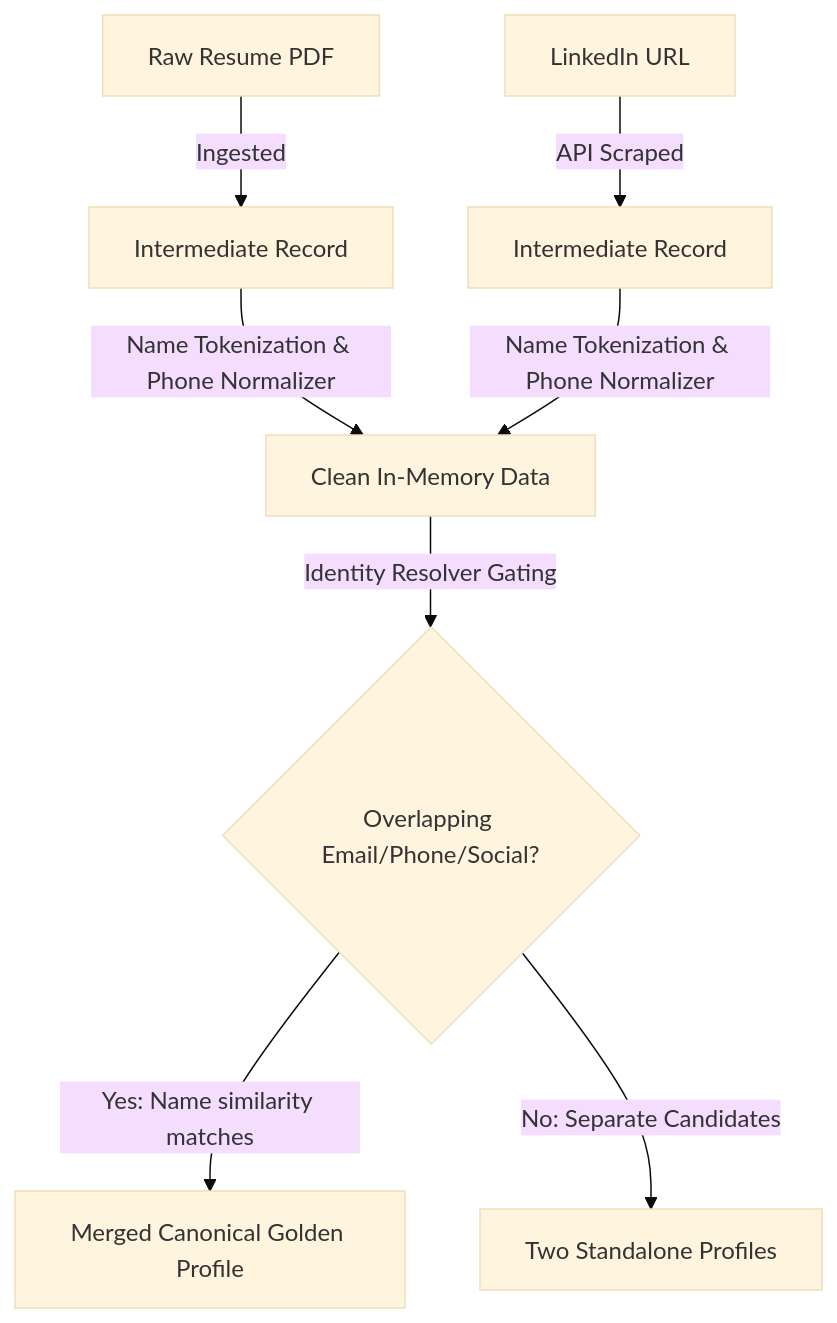
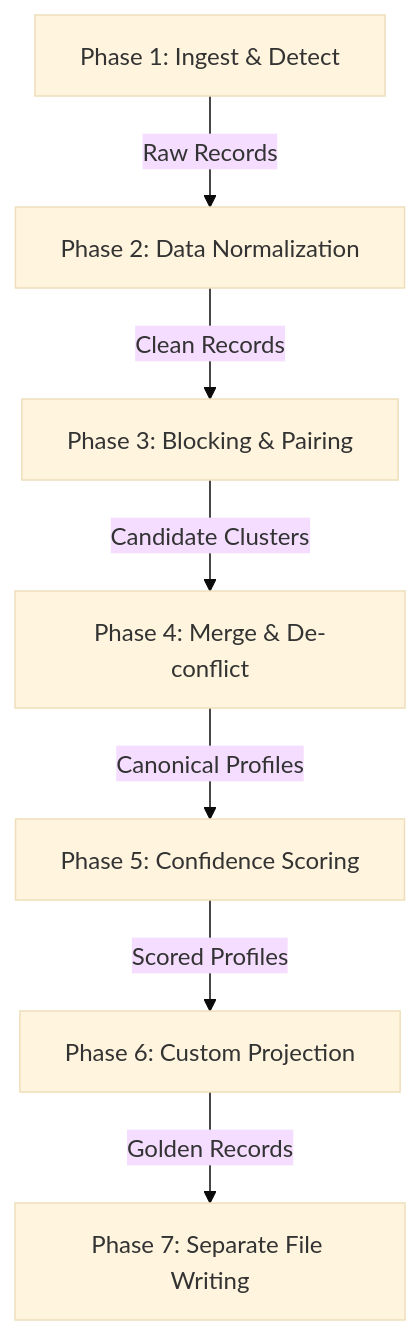
One commit to srivallabha06/multi-source-candidate-profiler changed the diagram in README.md. Above: the diagram before and after it, drawn with Mermaid (base theme). The commit also changed other lines of this file, not shown here.

Commit message:
Docs: Major overhaul of README to include modules, normalization rules, resolution policies, and edge cases

````diff
--- a/README.md
+++ b/README.md
@@ -75,10 +44,9 @@
 ```mermaid
 graph TD
-    A[Raw Resume PDF] -->|Ingested| B[Intermediate Record]
-    C[LinkedIn URL] -->|API Scraped| D[Intermediate Record]
-    B -->|Name Tokenization & Phone Normalizer| E[Clean In-Memory Data]
-    D -->|Name Tokenization & Phone Normalizer| E
-    E -->|Identity Resolver Gating| F{Overlapping Email/Phone/Social?}
-    F -->|Yes: Name similarity matches| G[Merged Canonical Golden Profile]
-    F -->|No: Separate Candidates| H[Two Standalone Profiles]
+    A[Phase 1: Ingest & Detect] -->|Raw Records| B[Phase 2: Data Normalization]
+    B -->|Clean Records| C[Phase 3: Blocking & Pairing]
+    C -->|Candidate Clusters| D[Phase 4: Merge & De-conflict]
+    D -->|Canonical Profiles| E[Phase 5: Confidence Scoring]
+    E -->|Scored Profiles| F[Phase 6: Custom Projection]
+    F -->|Golden Records| G[Phase 7: Separate File Writing]
 ```
````
